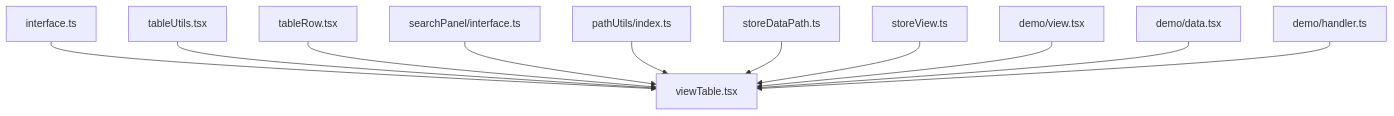
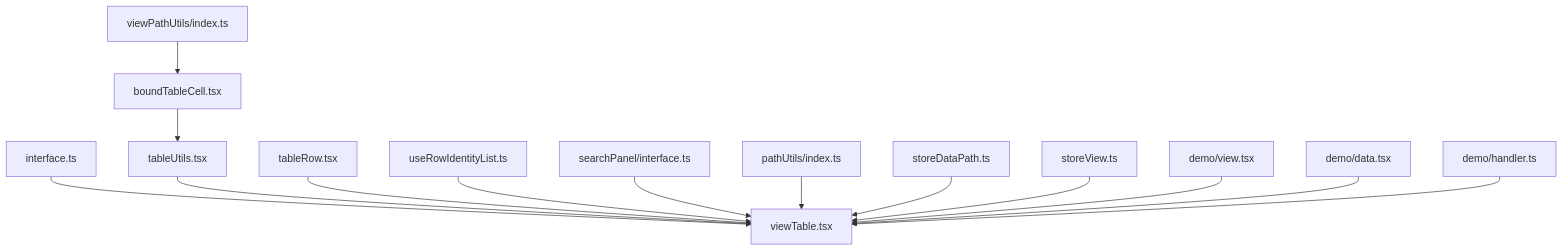
The eighth of 8 diagrams in .qoder/repowiki/zh/content/组件库/数据组件/表格组件.md (liqiongke/FrontArk), drawn with Mermaid before and after one commit. The commit also changed other lines of this file and 20 other files, not shown here.

````diff
--- a/.qoder/repowiki/zh/content/组件库/数据组件/表格组件.md
+++ b/.qoder/repowiki/zh/content/组件库/数据组件/表格组件.md
@@ -349,13 +452,16 @@
 ```mermaid
 graph TB
 I["interface.ts"] --> VT["viewTable.tsx"]
 U["tableUtils.tsx"] --> VT
 R["tableRow.tsx"] --> VT
+BT["boundTableCell.tsx"] --> U
+URL["useRowIdentityList.ts"] --> VT
 SP["searchPanel/interface.ts"] --> VT
 PU["pathUtils/index.ts"] --> VT
 SDP["storeDataPath.ts"] --> VT
 SV["storeView.ts"] --> VT
+VP["viewPathUtils/index.ts"] --> BT
 DEMO_V["demo/view.tsx"] --> VT
 DEMO_D["demo/data.tsx"] --> VT
 DEMO_H["demo/handler.ts"] --> VT
 ```
````
